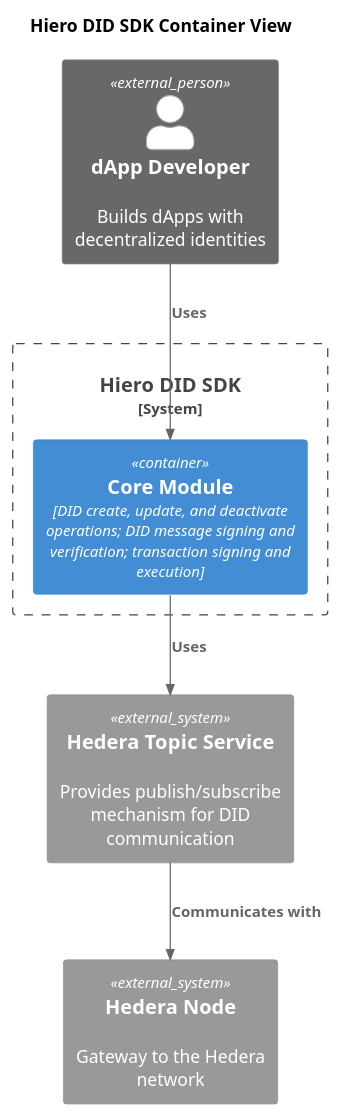
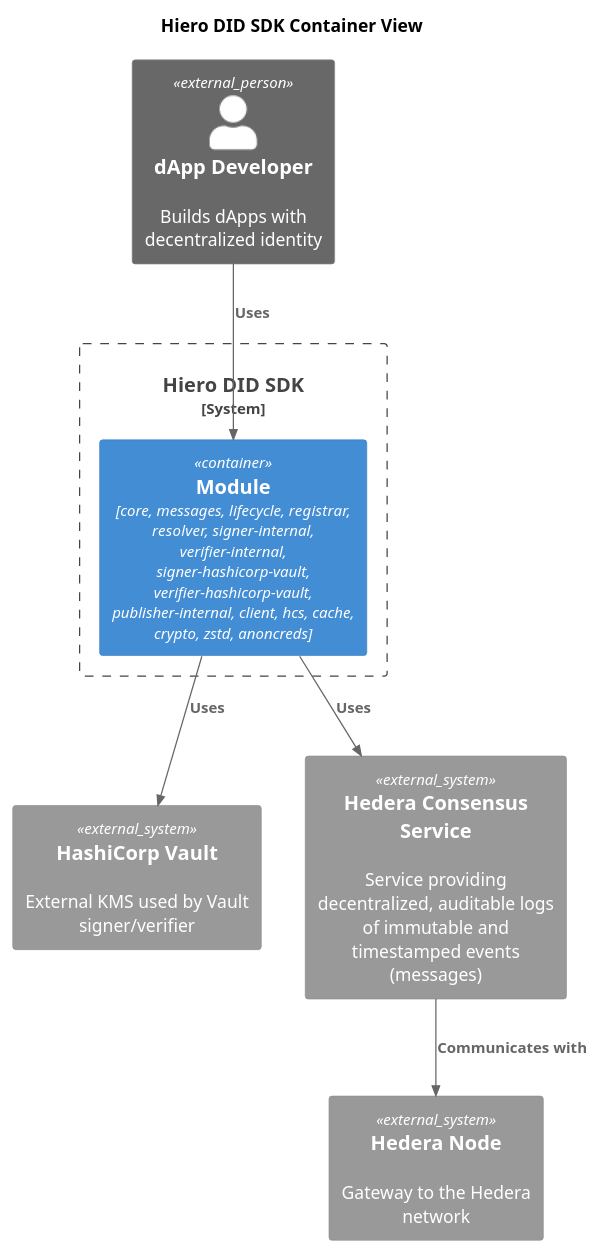
Before and after one commit to hiero-ledger/hiero-did-sdk-js: the diagram in docs/modules/ROOT/pages/02-design/diagrams/container-view-diagram.puml, drawn with PlantUML. The commit also changed 115 other files, not shown here.

```diff
--- a/docs/modules/ROOT/pages/02-design/diagrams/container-view-diagram.puml
+++ b/docs/modules/ROOT/pages/02-design/diagrams/container-view-diagram.puml
@@ -1,19 +1,23 @@
 @startuml
 !include https://raw.githubusercontent.com/plantuml-stdlib/C4-PlantUML/master/C4_Container.puml
 
 title Hiero DID SDK Container View
 
-Person_Ext(developer, "dApp Developer", "Builds dApps with decentralized identities")
+Person_Ext(developer, "dApp Developer", "Builds dApps with decentralized identity")
 
 System_Boundary(c1, "Hiero DID SDK") {
- Container(core, "Core Module", "DID create, update, and deactivate operations; DID message signing and verification; transaction signing and execution")
+ Container(core, "Module", "core, messages, lifecycle, registrar, resolver, signer-internal, verifier-internal, signer-hashicorp-vault, verifier-hashicorp-vault, publisher-internal, client, hcs, cache, crypto, zstd, anoncreds")
 }
 
-System_Ext(topic, "Hedera Topic Service", "Provides publish/subscribe mechanism for DID communication")
+System_Ext(hashicorp, "HashiCorp Vault", "External KMS used by Vault signer/verifier")
+
+System_Ext(topic, "Hedera Consensus Service", "Service providing decentralized, auditable logs of immutable and timestamped events (messages)")
+
 System_Ext(hedera, "Hedera Node", "Gateway to the Hedera network")
 
 Rel(developer, core, "Uses")
 Rel(core, topic, "Uses")
+Rel(core, hashicorp, "Uses")
 Rel(topic, hedera, "Communicates with")
 
 @enduml
```
